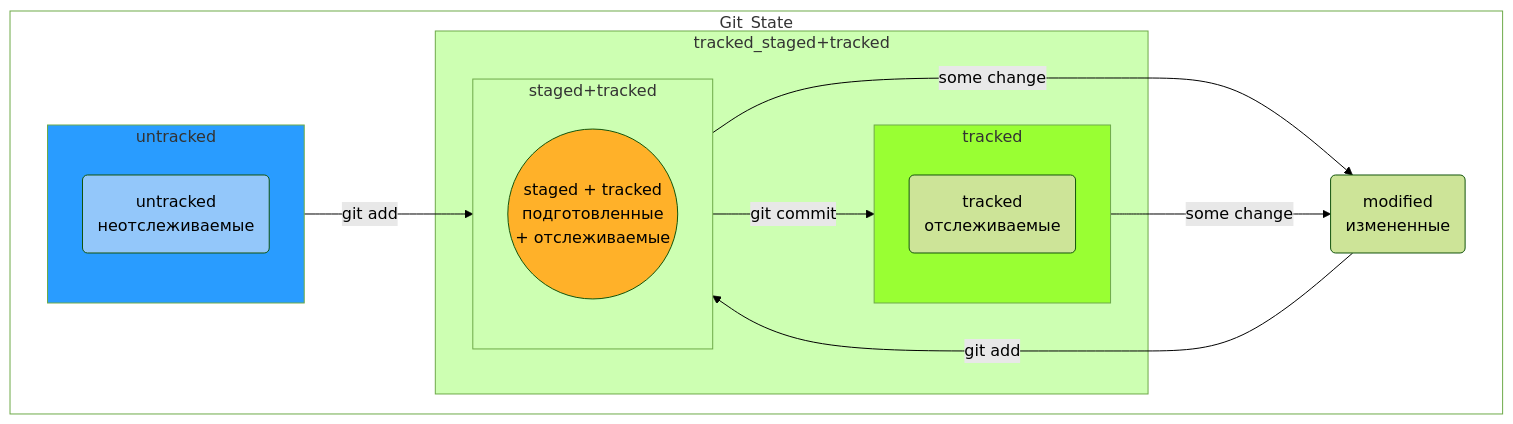
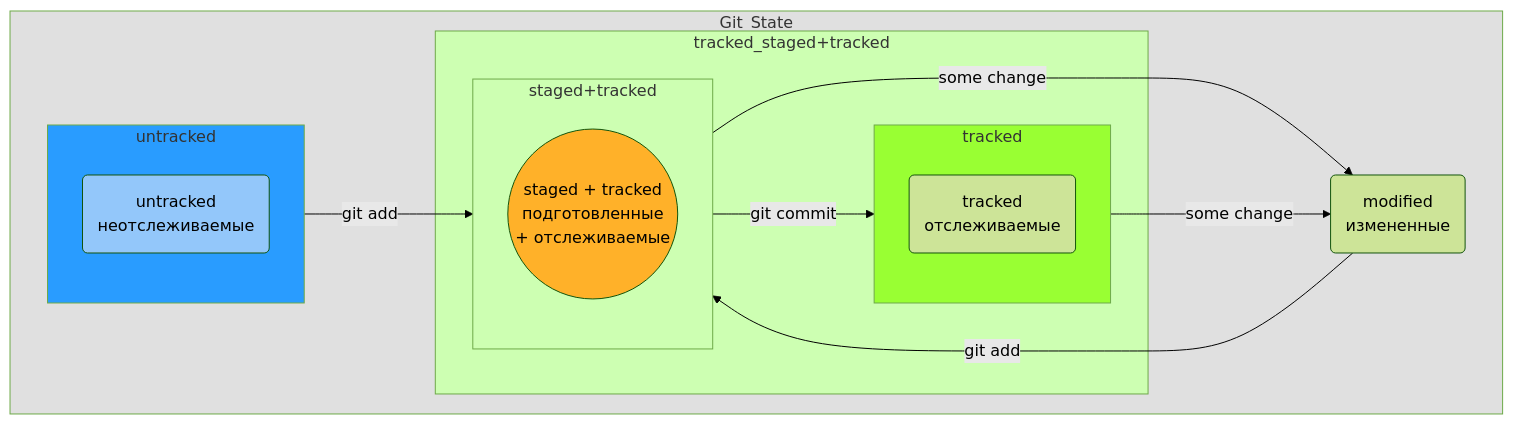
One commit to AleksandrVakarin/GitInstructionMermaid changed the diagram in README.md. Above: the diagram before and after it, drawn with Mermaid (forest theme).

Commit message:
Изменить заливку, изменить цвет заливки Git_State

````diff
--- a/README.md
+++ b/README.md
@@ -93,40 +93,40 @@
 ```mermaid
 flowchart TD;
 	
 	stgd((staged + tracked<br>подготовленные<br> + отслеживаемые))
 	mdf(modified<br>измененные)
 	untr(untracked<br>неотслеживаемые)
 	trcd(tracked<br>отслеживаемые)
 
 
 	subgraph Git_State
 
 		subgraph untracked
 			untr
 		end
 
 		subgraph tracked_staged+tracked
 
 			subgraph tracked
 				trcd
 			end
 
 			subgraph staged+tracked
 				stgd
 			end
 
 		end
 
 		untracked-- git add -->staged+tracked
 		mdf-- git add -->staged+tracked
 		staged+tracked-- some change -->mdf
 		staged+tracked-- git commit -->tracked
 		tracked-- some change -->mdf
 	end
 
-	style Git_State fill: #FFFFFF
+	style Git_State fill: #E0E0E0
 	style stgd fill: #FFB129
 	style untr fill: #93C7FA
 	style untracked fill: #299CFF
 	style tracked fill: #99FF33
 ```
````
